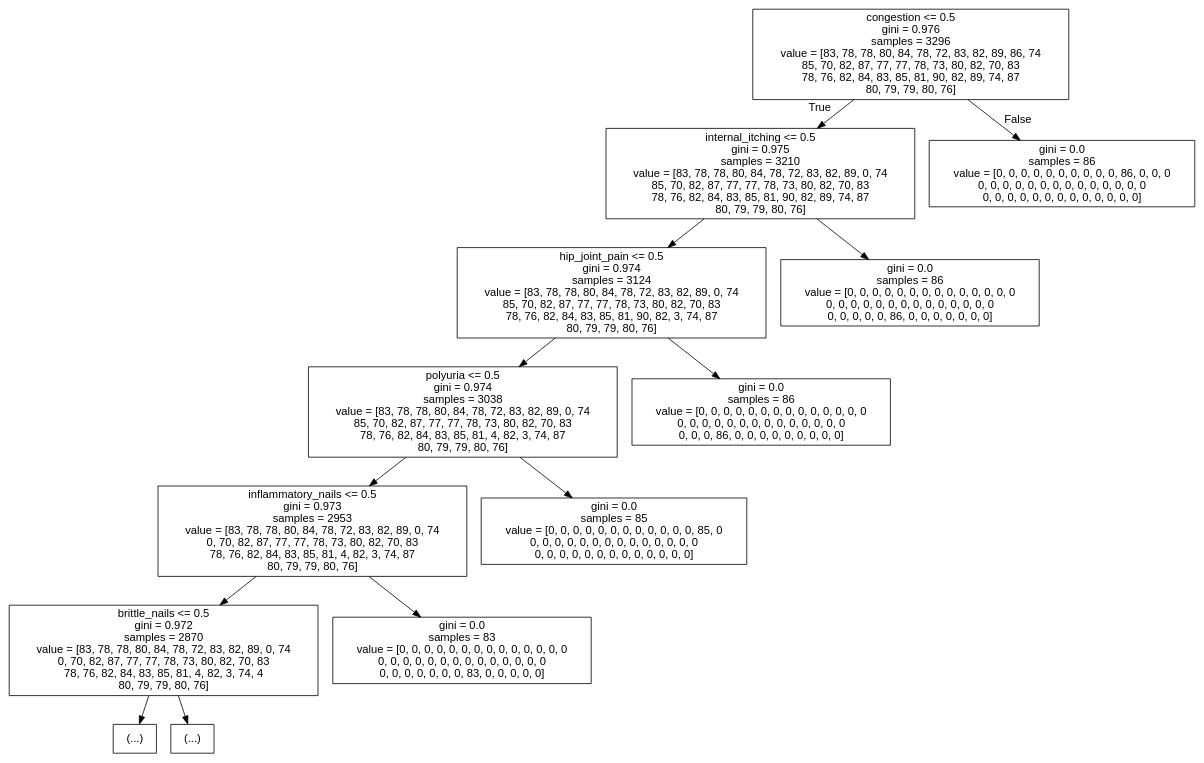
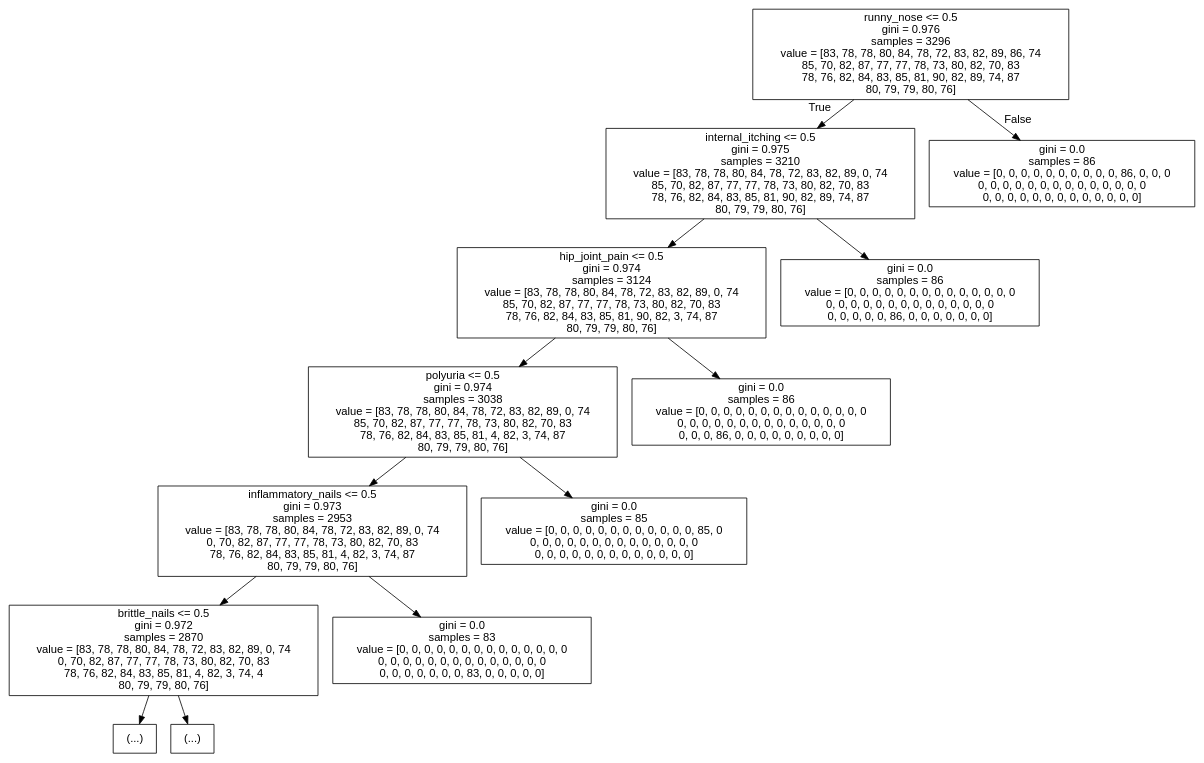
One commit to MilindPruthi09/audio-prescription changed the diagram in tree-top5.dot. Above: the diagram before and after it, drawn with Graphviz. The commit also changed 9 other files, not shown here.

```diff
--- a/tree-top5.dot
+++ b/tree-top5.dot
@@ -1,29 +1,29 @@
 digraph Tree {
 node [shape=box, fontname="helvetica"] ;
 edge [fontname="helvetica"] ;
-0 [label="congestion <= 0.5\ngini = 0.976\nsamples = 3296\nvalue = [83, 78, 78, 80, 84, 78, 72, 83, 82, 89, 86, 74\n85, 70, 82, 87, 77, 77, 78, 73, 80, 82, 70, 83\n78, 76, 82, 84, 83, 85, 81, 90, 82, 89, 74, 87\n80, 79, 79, 80, 76]"] ;
+0 [label="runny_nose <= 0.5\ngini = 0.976\nsamples = 3296\nvalue = [83, 78, 78, 80, 84, 78, 72, 83, 82, 89, 86, 74\n85, 70, 82, 87, 77, 77, 78, 73, 80, 82, 70, 83\n78, 76, 82, 84, 83, 85, 81, 90, 82, 89, 74, 87\n80, 79, 79, 80, 76]"] ;
 1 [label="internal_itching <= 0.5\ngini = 0.975\nsamples = 3210\nvalue = [83, 78, 78, 80, 84, 78, 72, 83, 82, 89, 0, 74\n85, 70, 82, 87, 77, 77, 78, 73, 80, 82, 70, 83\n78, 76, 82, 84, 83, 85, 81, 90, 82, 89, 74, 87\n80, 79, 79, 80, 76]"] ;
 0 -> 1 [labeldistance=2.5, labelangle=45, headlabel="True"] ;
 2 [label="hip_joint_pain <= 0.5\ngini = 0.974\nsamples = 3124\nvalue = [83, 78, 78, 80, 84, 78, 72, 83, 82, 89, 0, 74\n85, 70, 82, 87, 77, 77, 78, 73, 80, 82, 70, 83\n78, 76, 82, 84, 83, 85, 81, 90, 82, 3, 74, 87\n80, 79, 79, 80, 76]"] ;
 1 -> 2 ;
 3 [label="polyuria <= 0.5\ngini = 0.974\nsamples = 3038\nvalue = [83, 78, 78, 80, 84, 78, 72, 83, 82, 89, 0, 74\n85, 70, 82, 87, 77, 77, 78, 73, 80, 82, 70, 83\n78, 76, 82, 84, 83, 85, 81, 4, 82, 3, 74, 87\n80, 79, 79, 80, 76]"] ;
 2 -> 3 ;
 4 [label="inflammatory_nails <= 0.5\ngini = 0.973\nsamples = 2953\nvalue = [83, 78, 78, 80, 84, 78, 72, 83, 82, 89, 0, 74\n0, 70, 82, 87, 77, 77, 78, 73, 80, 82, 70, 83\n78, 76, 82, 84, 83, 85, 81, 4, 82, 3, 74, 87\n80, 79, 79, 80, 76]"] ;
 3 -> 4 ;
 5 [label="brittle_nails <= 0.5\ngini = 0.972\nsamples = 2870\nvalue = [83, 78, 78, 80, 84, 78, 72, 83, 82, 89, 0, 74\n0, 70, 82, 87, 77, 77, 78, 73, 80, 82, 70, 83\n78, 76, 82, 84, 83, 85, 81, 4, 82, 3, 74, 4\n80, 79, 79, 80, 76]"] ;
 4 -> 5 ;
 6 [label="(...)"] ;
 5 -> 6 ;
 119 [label="(...)"] ;
 5 -> 119 ;
 120 [label="gini = 0.0\nsamples = 83\nvalue = [0, 0, 0, 0, 0, 0, 0, 0, 0, 0, 0, 0, 0, 0\n0, 0, 0, 0, 0, 0, 0, 0, 0, 0, 0, 0, 0, 0\n0, 0, 0, 0, 0, 0, 0, 83, 0, 0, 0, 0, 0]"] ;
 4 -> 120 ;
 121 [label="gini = 0.0\nsamples = 85\nvalue = [0, 0, 0, 0, 0, 0, 0, 0, 0, 0, 0, 0, 85, 0\n0, 0, 0, 0, 0, 0, 0, 0, 0, 0, 0, 0, 0, 0\n0, 0, 0, 0, 0, 0, 0, 0, 0, 0, 0, 0, 0]"] ;
 3 -> 121 ;
 122 [label="gini = 0.0\nsamples = 86\nvalue = [0, 0, 0, 0, 0, 0, 0, 0, 0, 0, 0, 0, 0, 0\n0, 0, 0, 0, 0, 0, 0, 0, 0, 0, 0, 0, 0, 0\n0, 0, 0, 86, 0, 0, 0, 0, 0, 0, 0, 0, 0]"] ;
 2 -> 122 ;
 123 [label="gini = 0.0\nsamples = 86\nvalue = [0, 0, 0, 0, 0, 0, 0, 0, 0, 0, 0, 0, 0, 0\n0, 0, 0, 0, 0, 0, 0, 0, 0, 0, 0, 0, 0, 0\n0, 0, 0, 0, 0, 86, 0, 0, 0, 0, 0, 0, 0]"] ;
 1 -> 123 ;
 124 [label="gini = 0.0\nsamples = 86\nvalue = [0, 0, 0, 0, 0, 0, 0, 0, 0, 0, 86, 0, 0, 0\n0, 0, 0, 0, 0, 0, 0, 0, 0, 0, 0, 0, 0, 0\n0, 0, 0, 0, 0, 0, 0, 0, 0, 0, 0, 0, 0]"] ;
 0 -> 124 [labeldistance=2.5, labelangle=-45, headlabel="False"] ;
 }
```
